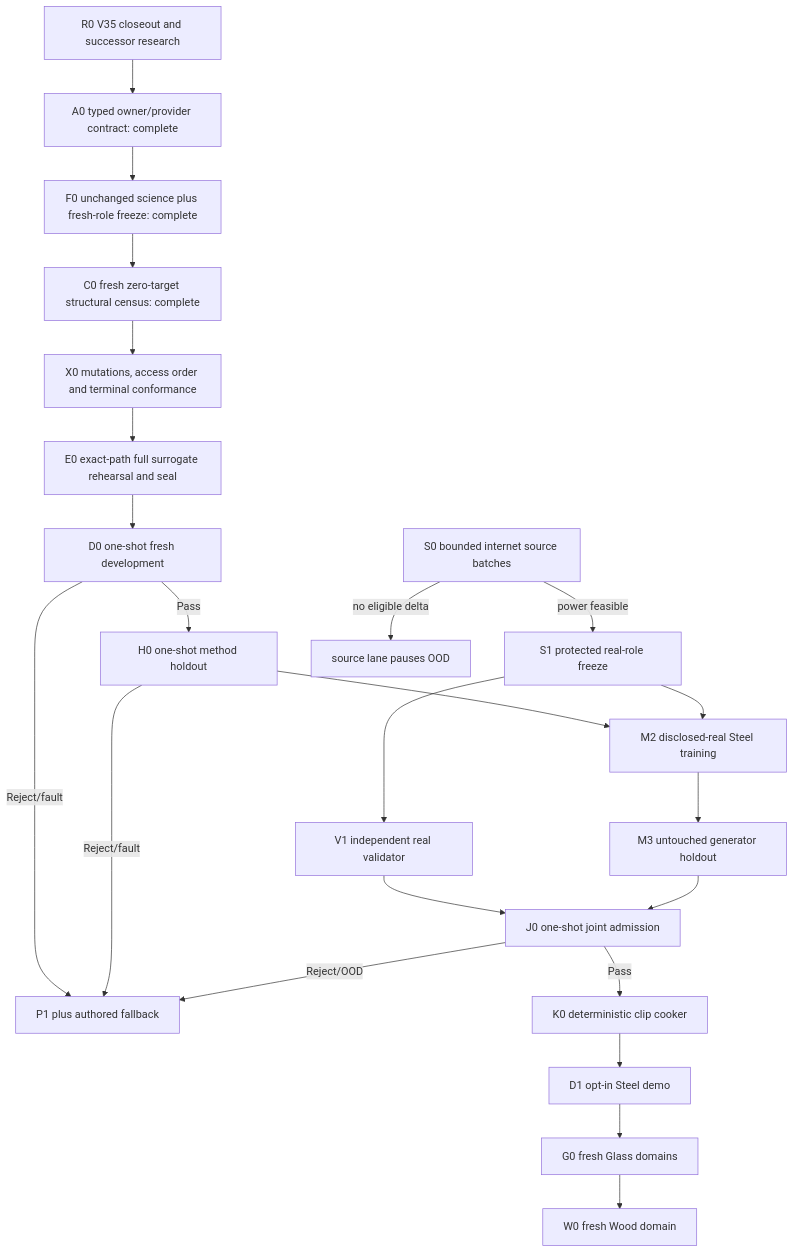
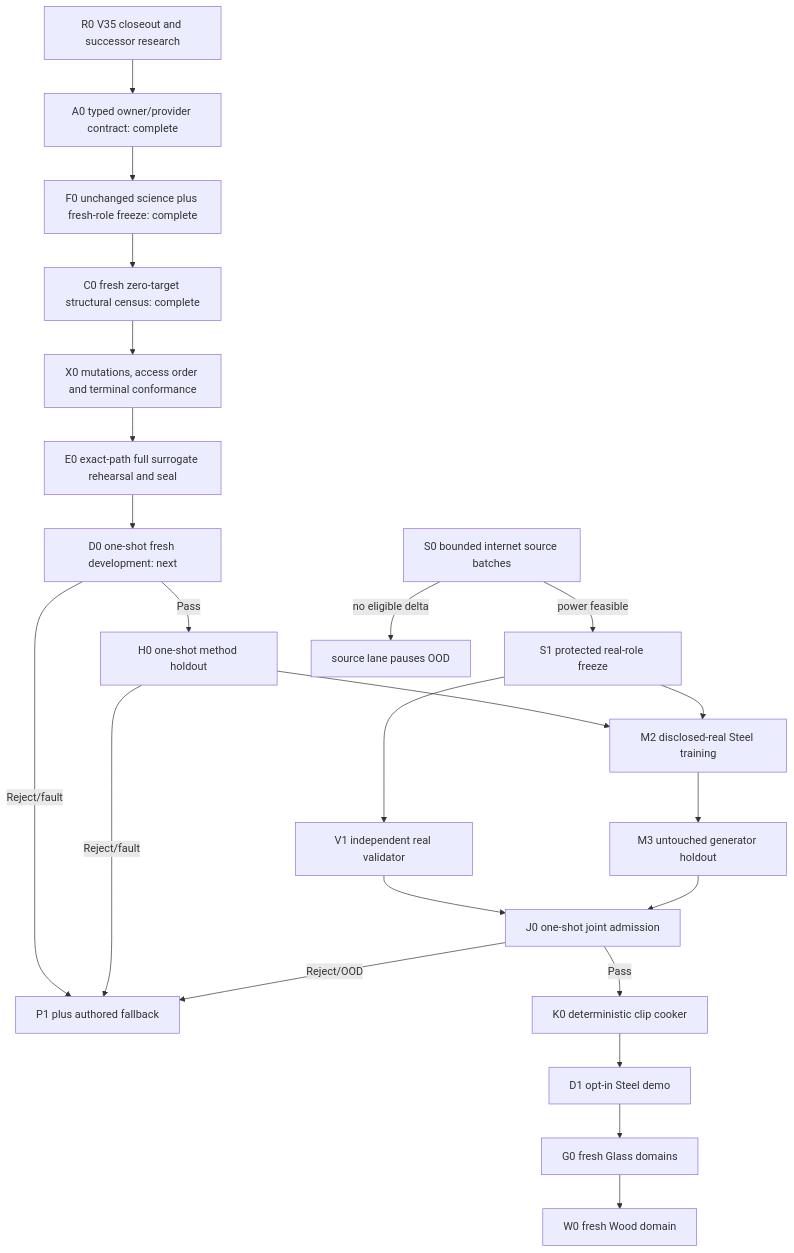
The diagram in docs/plans/physical-sound-synthesis-roadmap-v36.md (kaifaty/NextEngine), drawn with Mermaid before and after one commit. The commit also changed other lines of this file and 4 other files, not shown here.

````diff
--- a/docs/plans/physical-sound-synthesis-roadmap-v36.md
+++ b/docs/plans/physical-sound-synthesis-roadmap-v36.md
@@ -108,27 +109,27 @@
 ```mermaid
 flowchart TD
     R0["R0 V35 closeout and successor research"] --> A0["A0 typed owner/provider contract: complete"]
     A0 --> F0["F0 unchanged science plus fresh-role freeze: complete"]
     F0 --> C0["C0 fresh zero-target structural census: complete"]
     C0 --> X0["X0 mutations, access order and terminal conformance"]
     X0 --> E0["E0 exact-path full surrogate rehearsal and seal"]
-    E0 --> D0["D0 one-shot fresh development"]
+    E0 --> D0["D0 one-shot fresh development: next"]
     D0 -->|"Pass"| H0["H0 one-shot method holdout"]
     D0 -->|"Reject/fault"| GF["P1 plus authored fallback"]
     H0 -->|"Reject/fault"| GF
 
     S0["S0 bounded internet source batches"] -->|"power feasible"| S1["S1 protected real-role freeze"]
     S0 -->|"no eligible delta"| SOOD["source lane pauses OOD"]
 
     H0 --> M2["M2 disclosed-real Steel training"]
     S1 --> V1["V1 independent real validator"]
     S1 --> M2
     M2 --> M3["M3 untouched generator holdout"]
     V1 --> J0["J0 one-shot joint admission"]
     M3 --> J0
     J0 -->|"Pass"| K0["K0 deterministic clip cooker"]
     J0 -->|"Reject/OOD"| GF
     K0 --> D1["D1 opt-in Steel demo"]
     D1 --> G0["G0 fresh Glass domains"]
     G0 --> W0["W0 fresh Wood domain"]
 ```
````
